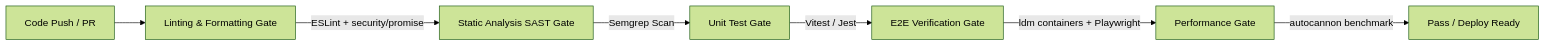
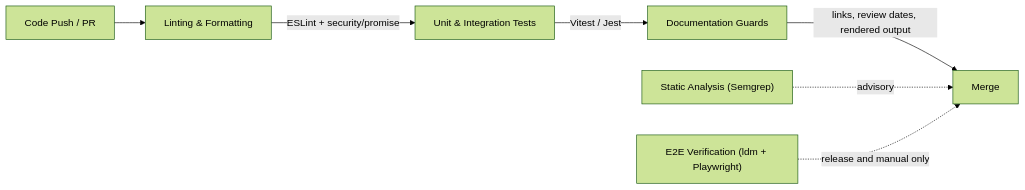
One commit to peterrichards-lr/liferay-ai-commerce-accelerator changed the fifth of 5 diagrams in docs/ARCHITECTURE.md. Above: the diagram before and after it, drawn with Mermaid (forest theme). The commit also changed other lines of this file and 14 other files, not shown here.

````diff
--- a/docs/ARCHITECTURE.md
+++ b/docs/ARCHITECTURE.md
@@ -212,9 +212,10 @@
 ```mermaid
 flowchart LR
-    A[Code Push / PR] --> B[Linting & Formatting Gate]
-    B -->|ESLint + security/promise| C[Static Analysis SAST Gate]
-    C -->|Semgrep Scan| D[Unit Test Gate]
-    D -->|Vitest / Jest| E[E2E Verification Gate]
-    E -->|ldm containers + Playwright| F[Performance Gate]
-    F -->|autocannon benchmark| G[Pass / Deploy Ready]
+    A[Code Push / PR] --> B[Linting & Formatting]
+    B -->|ESLint + security/promise| C[Unit & Integration Tests]
+    C -->|Vitest / Jest| D[Documentation Guards]
+    D -->|links, review dates, rendered output| E[Merge]
+
+    S["Static Analysis (Semgrep)"] -. advisory .-> E
+    T["E2E Verification (ldm + Playwright)"] -. release and manual only .-> E
 ```
````
